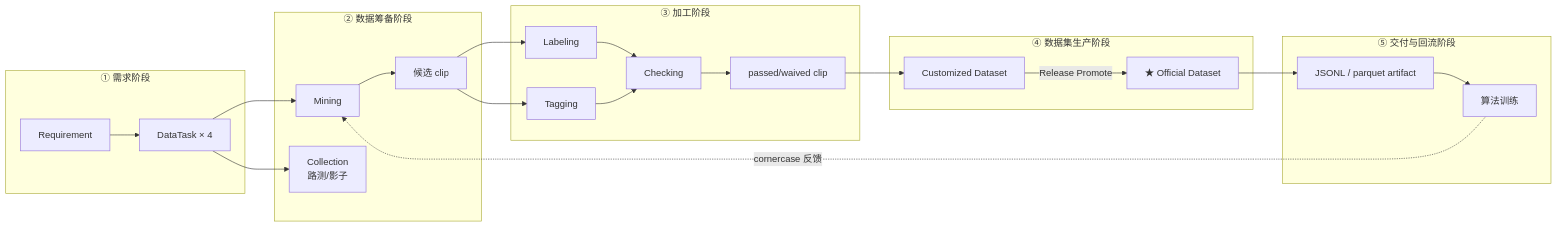
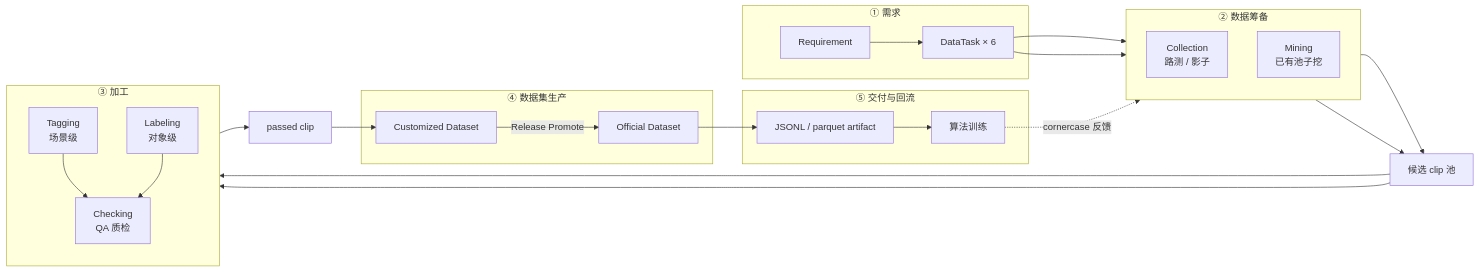
One commit to gray-cgm/ai-native-data-engine changed the first of 4 diagrams in docs/architecture/business-flows.md. Above: the diagram before and after it, drawn with Mermaid. The commit also changed other lines of this file and 69 other files, not shown here.

````diff
--- a/docs/architecture/business-flows.md
+++ b/docs/architecture/business-flows.md
@@ -12,24 +35,38 @@
 ```mermaid
 flowchart LR
-    subgraph S1["① 需求阶段"]
-        REQ[Requirement] --> DT[DataTask × 4]
+    subgraph S1["① 需求"]
+        REQ[Requirement] --> DT[DataTask × 6]
     end
-    subgraph S2["② 数据筹备阶段"]
-        DT --> M[Mining] --> CAND[候选 clip]
-        DT --> COLLECT[Collection<br/>路测/影子]
+    subgraph S2["② 数据筹备"]
+        direction TB
+        COL[Collection<br/>路测 / 影子]
+        MIN[Mining<br/>已有池子挖]
     end
-    subgraph S3["③ 加工阶段"]
-        CAND --> L[Labeling] --> CHK[Checking]
-        CAND --> T[Tagging] --> CHK
-        CHK --> PASSED[passed/waived clip]
+    subgraph S3["③ 加工"]
+        direction TB
+        TAG[Tagging<br/>场景级]
+        LAB[Labeling<br/>对象级]
+        CHK[Checking<br/>QA 质检]
     end
-    subgraph S4["④ 数据集生产阶段"]
-        PASSED --> CDS[Customized Dataset]
-        CDS -- Release Promote --> ODS[★ Official Dataset]
+    subgraph S4["④ 数据集生产"]
+        CDS[Customized Dataset]
+        ODS[Official Dataset]
     end
-    subgraph S5["⑤ 交付与回流阶段"]
-        ODS --> ART[JSONL / parquet artifact]
-        ART --> ALGO[算法训练]
-        ALGO -. cornercase 反馈 .-> M
+    subgraph S5["⑤ 交付与回流"]
+        ART[JSONL / parquet artifact]
+        ALGO[算法训练]
     end
+    DT --> COL
+    DT --> MIN
+    COL --> CAND[候选 clip 池]
+    MIN --> CAND
+    CAND --> TAG
+    CAND --> LAB
+    TAG --> CHK
+    LAB --> CHK
+    CHK --> PASSED[passed clip]
+    PASSED --> CDS
+    CDS -- Release Promote --> ODS
+    ODS --> ART --> ALGO
+    ALGO -. cornercase 反馈 .-> MIN
 ```
````
